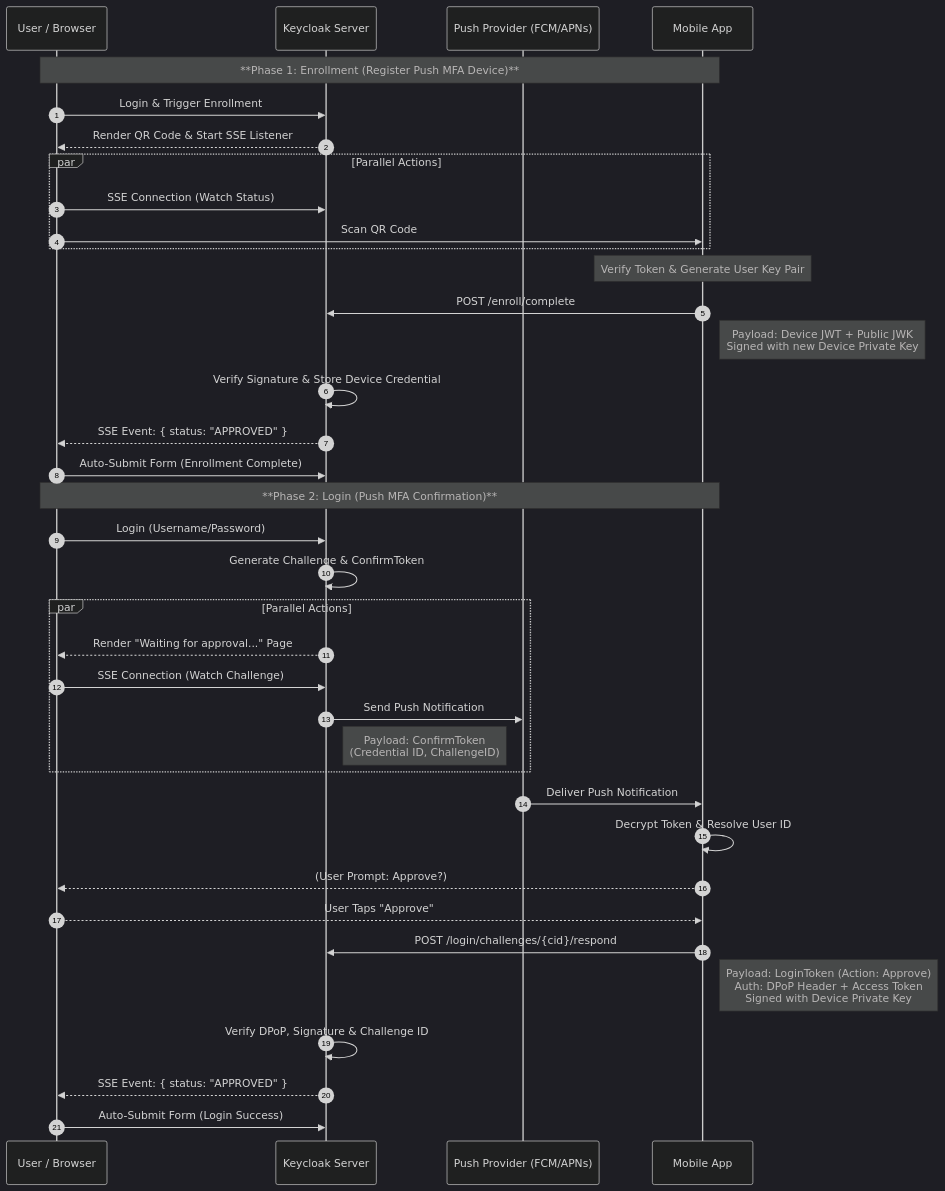
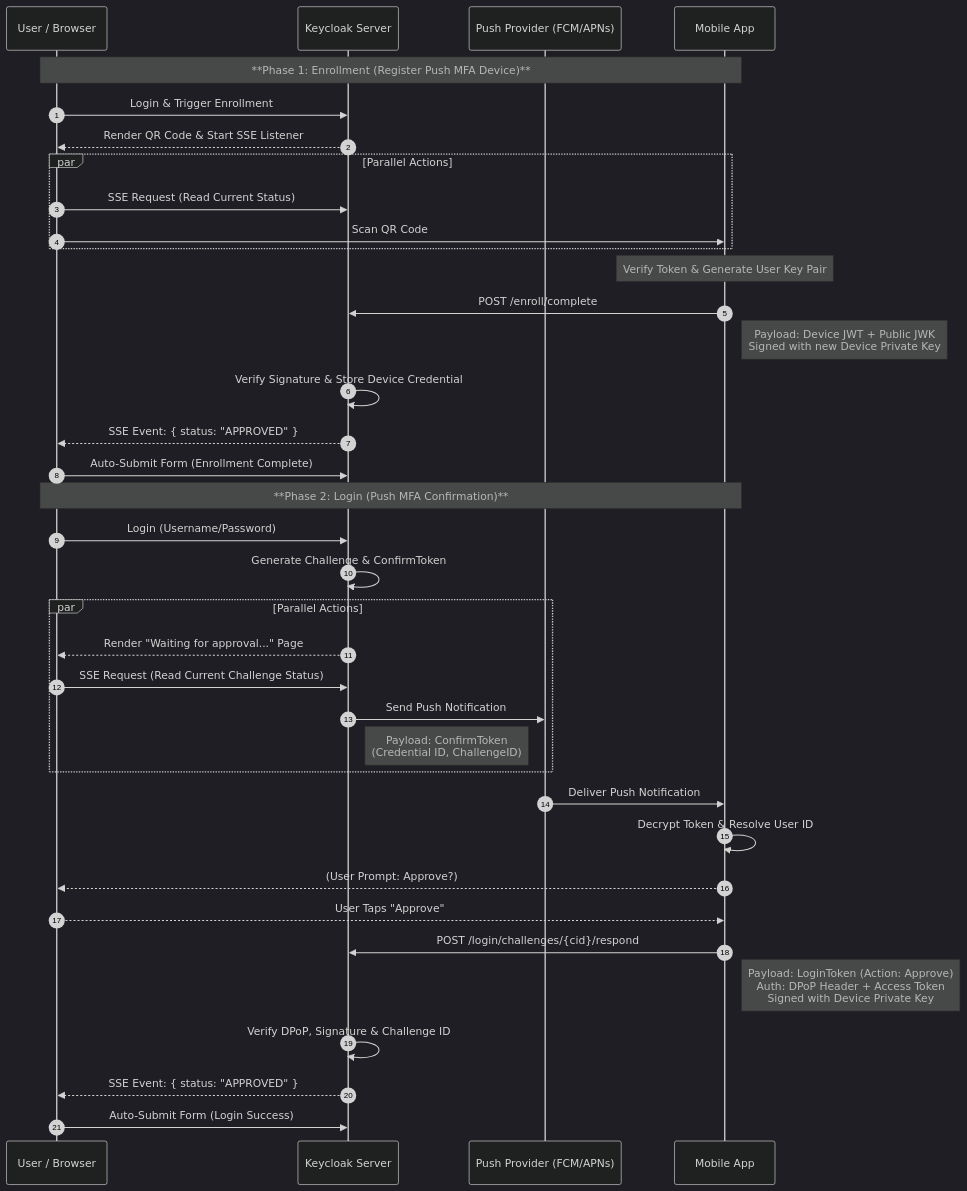
Before and after one commit to ba-itsys/keycloak-push-mfa-extension: the diagram in README.md, drawn with Mermaid (dark theme). The commit also changed other lines of this file and 11 other files, not shown here.

````diff
--- a/README.md
+++ b/README.md
@@ -44,52 +44,52 @@
 ```mermaid
 sequenceDiagram
     autonumber
     participant Browser as User / Browser
     participant Keycloak as Keycloak Server
     participant Provider as Push Provider (FCM/APNs)
     participant Mobile as Mobile App
 
     Note over Browser, Mobile: **Phase 1: Enrollment (Register Push MFA Device)**
 
     Browser->>Keycloak: Login & Trigger Enrollment
     Keycloak-->>Browser: Render QR Code & Start SSE Listener
 
     par Parallel Actions
-        Browser->>Keycloak: SSE Connection (Watch Status)
+        Browser->>Keycloak: SSE Request (Read Current Status)
         Browser->>Mobile: Scan QR Code
     end
 
     Note over Mobile: Verify Token & Generate User Key Pair
 
     Mobile->>Keycloak: POST /enroll/complete
     Note right of Mobile: Payload: Device JWT + Public JWK<br/>Signed with new Device Private Key
 
     Keycloak->>Keycloak: Verify Signature & Store Device Credential
     Keycloak-->>Browser: SSE Event: { status: "APPROVED" }
     Browser->>Keycloak: Auto-Submit Form (Enrollment Complete)
 
     Note over Browser, Mobile: **Phase 2: Login (Push MFA Confirmation)**
 
     Browser->>Keycloak: Login (Username/Password)
     Keycloak->>Keycloak: Generate Challenge & ConfirmToken
 
     par Parallel Actions
         Keycloak-->>Browser: Render "Waiting for approval..." Page
-        Browser->>Keycloak: SSE Connection (Watch Challenge)
+        Browser->>Keycloak: SSE Request (Read Current Challenge Status)
         Keycloak->>Provider: Send Push Notification
         Note right of Keycloak: Payload: ConfirmToken<br/>(Credential ID, ChallengeID)
     end
 
     Provider->>Mobile: Deliver Push Notification
 
     Mobile->>Mobile: Decrypt Token & Resolve User ID
     Mobile-->>Browser: (User Prompt: Approve?)
     Browser-->>Mobile: User Taps "Approve"
 
     Mobile->>Keycloak: POST /login/challenges/{cid}/respond
     Note right of Mobile: Payload: LoginToken (Action: Approve)<br/>Auth: DPoP Header + Access Token<br/>Signed with Device Private Key
 
     Keycloak->>Keycloak: Verify DPoP, Signature & Challenge ID
     Keycloak-->>Browser: SSE Event: { status: "APPROVED" }
     Browser->>Keycloak: Auto-Submit Form (Login Success)
 ```
````
